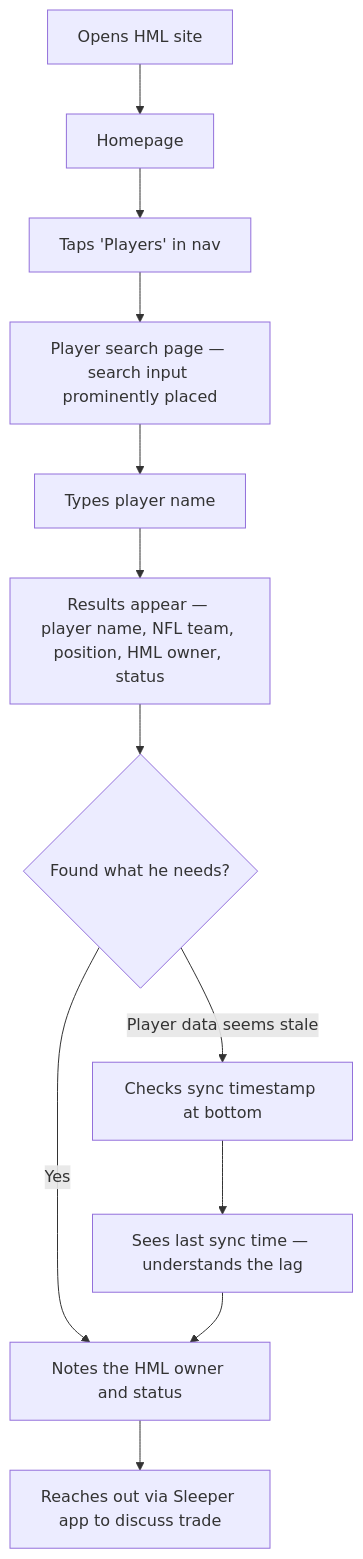
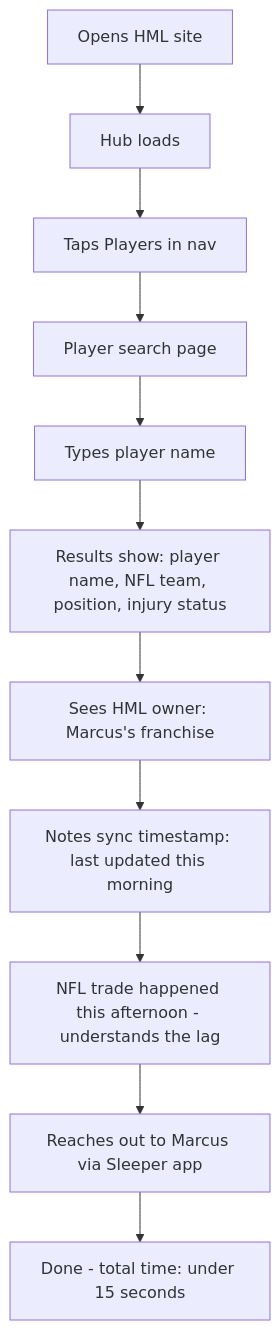
One commit to wbwright1/HMLML changed the fourth of 5 diagrams in _bmad-output/planning-artifacts/ux-design-specification.md. Above: the diagram before and after it, drawn with Mermaid. The commit also changed other lines of this file and 49 other files, not shown here.

````diff
--- a/_bmad-output/planning-artifacts/ux-design-specification.md
+++ b/_bmad-output/planning-artifacts/ux-design-specification.md
@@ -675,14 +651,13 @@
 ```mermaid
 flowchart TD
-    A[Opens HML site] --> B[Homepage]
-    B --> C[Taps 'Players' in nav]
-    C --> D[Player search page — search input prominently placed]
+    A[Opens HML site] --> B[Hub loads]
+    B --> C[Taps Players in nav]
+    C --> D[Player search page]
     D --> E[Types player name]
-    E --> F[Results appear — player name, NFL team, position, HML owner, status]
-    F --> G{Found what he needs?}
-    G -->|Yes| H[Notes the HML owner and status]
-    H --> I[Reaches out via Sleeper app to discuss trade]
-    G -->|Player data seems stale| J[Checks sync timestamp at bottom]
-    J --> K[Sees last sync time — understands the lag]
-    K --> H
+    E --> F[Results show: player name, NFL team, position, injury status]
+    F --> G[Sees HML owner: Marcus's franchise]
+    G --> H[Notes sync timestamp: last updated this morning]
+    H --> I[NFL trade happened this afternoon - understands the lag]
+    I --> J[Reaches out to Marcus via Sleeper app]
+    J --> K[Done - total time: under 15 seconds]
 ```
````
